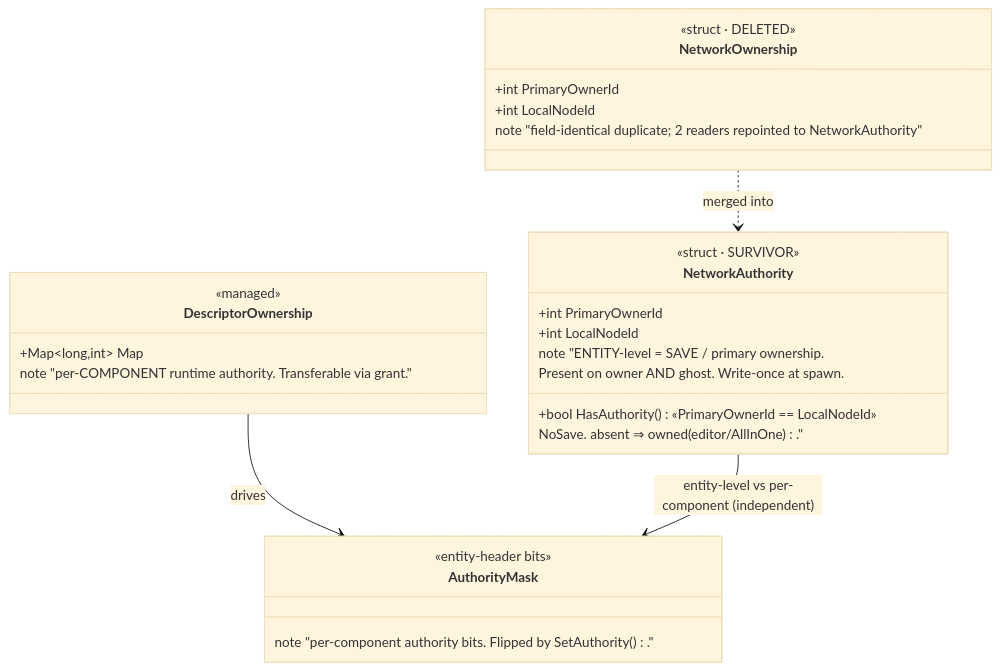
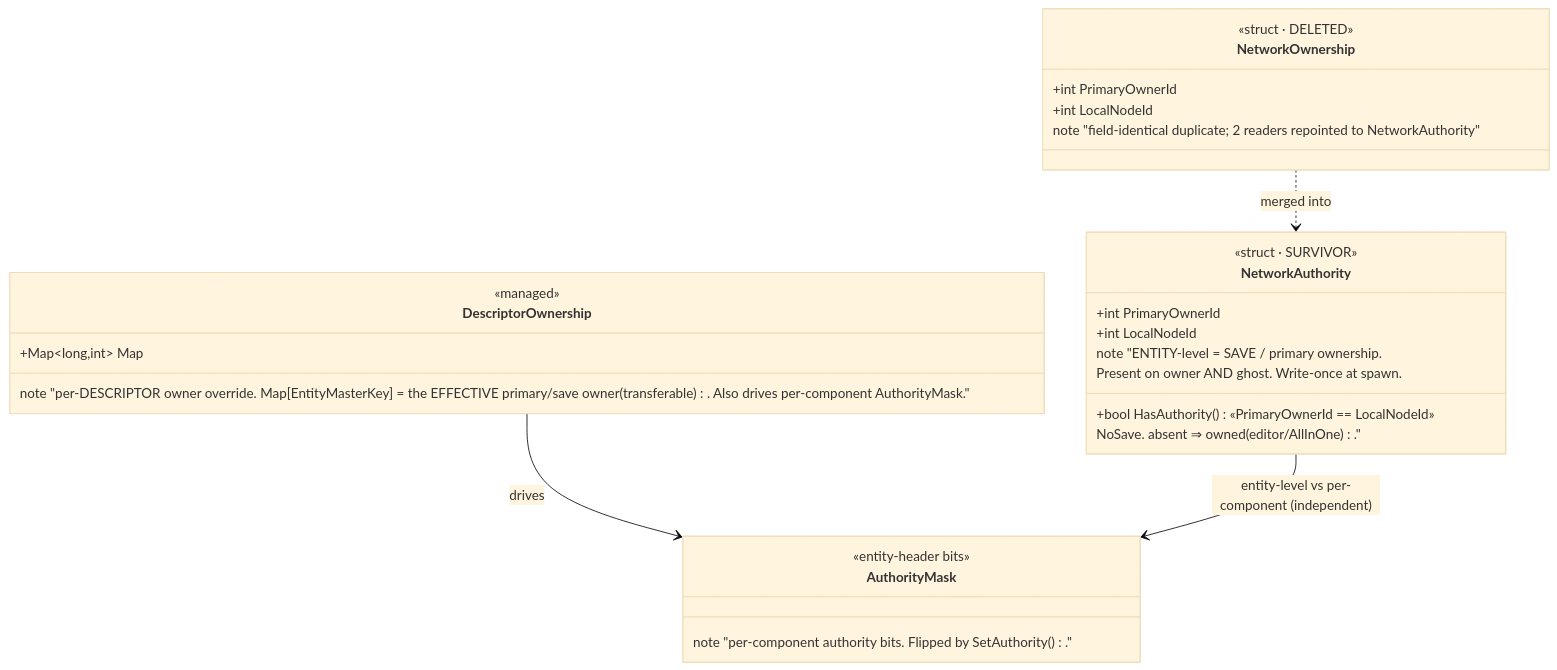
One commit to pjanec/HROT changed the first of 5 diagrams in docs/DESIGN_Distributed_Scenario_Persistence.md. Above: the diagram before and after it, drawn with Mermaid (base theme). The commit also changed other lines of this file, not shown here.

First line of the commit message:
docs(design): save-ownership keys on the EntityMaster descriptor owner -> transfer enabled

````diff
--- a/docs/DESIGN_Distributed_Scenario_Persistence.md
+++ b/docs/DESIGN_Distributed_Scenario_Persistence.md
@@ -113,30 +114,30 @@
 ```mermaid
 classDiagram
     class NetworkAuthority {
         <<struct · SURVIVOR>>
         +int PrimaryOwnerId
         +int LocalNodeId
         +bool HasAuthority()  «PrimaryOwnerId == LocalNodeId»
         note "ENTITY-level = SAVE / primary ownership.
         Present on owner AND ghost. Write-once at spawn.
         NoSave. absent ⇒ owned (editor/AllInOne)."
     }
     class NetworkOwnership {
         <<struct · DELETED>>
         +int PrimaryOwnerId
         +int LocalNodeId
         note "field-identical duplicate; 2 readers repointed to NetworkAuthority"
     }
     class DescriptorOwnership {
         <<managed>>
         +Map~long,int~ Map
-        note "per-COMPONENT runtime authority. Transferable via grant."
+        note "per-DESCRIPTOR owner override. Map[EntityMasterKey] = the EFFECTIVE primary/save owner (transferable). Also drives per-component AuthorityMask."
     }
     class AuthorityMask {
         <<entity-header bits>>
         note "per-component authority bits. Flipped by SetAuthority()."
     }
     NetworkOwnership ..> NetworkAuthority : merged into
     DescriptorOwnership --> AuthorityMask : drives
     NetworkAuthority --> AuthorityMask : entity-level vs per-component (independent)
 ```
````
